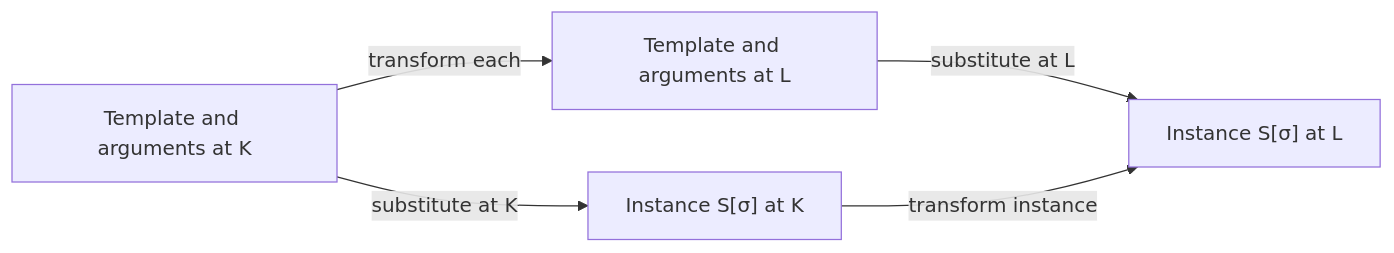
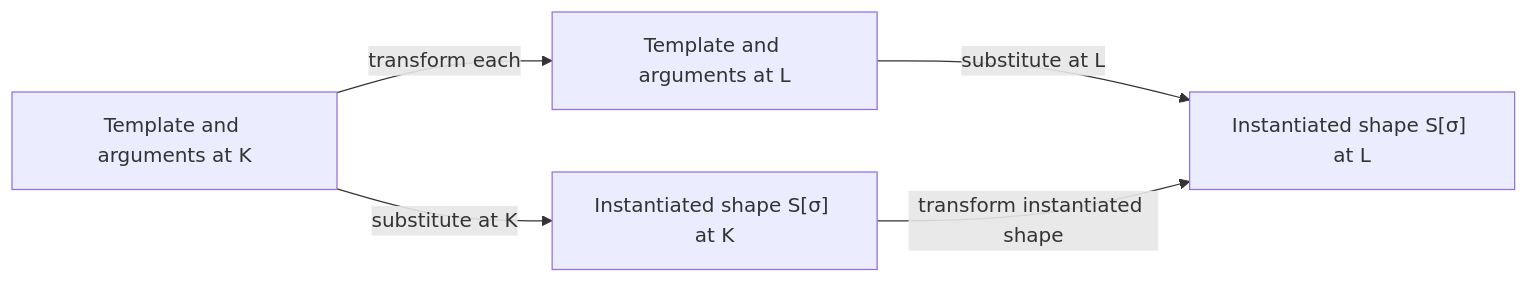
Before and after one commit to Bitspark/nightseam: the third of 3 diagrams in docs/theory/foundations.md, drawn with Mermaid. The commit also changed other lines of this file and 17 other files, not shown here.

````diff
--- a/docs/theory/foundations.md
+++ b/docs/theory/foundations.md
@@ -864,7 +899,7 @@
 ```mermaid
 flowchart LR
     A["Template and arguments at K"] -->|"transform each"| B["Template and arguments at L"]
-    A -->|"substitute at K"| S["Instance S[σ] at K"]
-    B -->|"substitute at L"| D["Instance S[σ] at L"]
-    S -->|"transform instance"| D
+    A -->|"substitute at K"| S["Instantiated shape S[σ] at K"]
+    B -->|"substitute at L"| D["Instantiated shape S[σ] at L"]
+    S -->|"transform instantiated shape"| D
 ```
````
